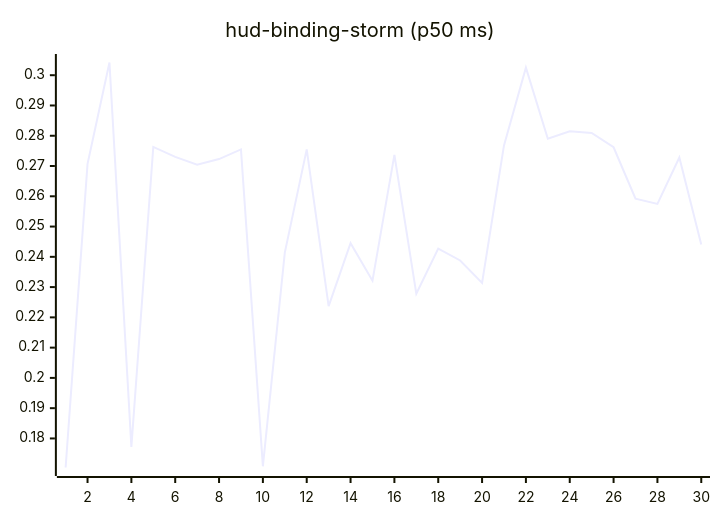
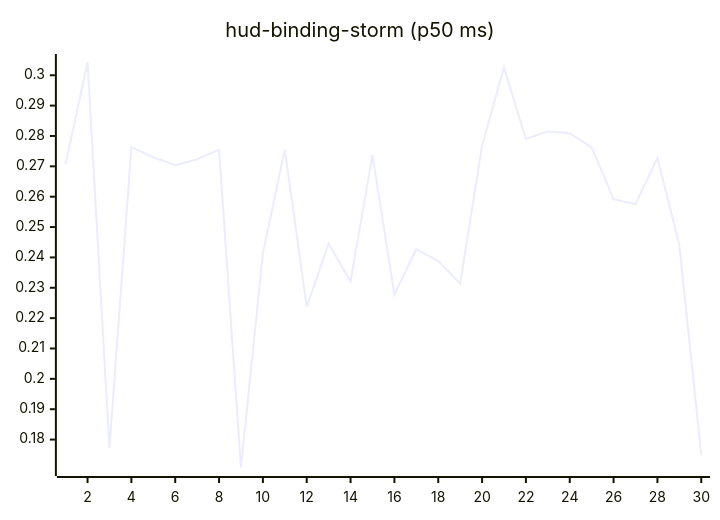
One commit to josha/Facet changed the tenth of 27 diagrams in README.md. Above: the diagram before and after it, drawn with Mermaid. The commit also changed other lines of this file and 2 other files, not shown here.

````diff
--- a/README.md
+++ b/README.md
@@ -126,6 +126,6 @@
 ```mermaid
 xychart-beta
     title "hud-binding-storm (p50 ms)"
     x-axis 1 --> 30
-    line [0.1704, 0.2707, 0.3042, 0.1772, 0.2763, 0.2730, 0.2704, 0.2723, 0.2755, 0.1708, 0.2414, 0.2755, 0.2237, 0.2445, 0.2321, 0.2737, 0.2278, 0.2427, 0.2388, 0.2314, 0.2768, 0.3025, 0.2790, 0.2815, 0.2809, 0.2762, 0.2592, 0.2575, 0.2728, 0.2441]
+    line [0.2707, 0.3042, 0.1772, 0.2763, 0.2730, 0.2704, 0.2723, 0.2755, 0.1708, 0.2414, 0.2755, 0.2237, 0.2445, 0.2321, 0.2737, 0.2278, 0.2427, 0.2388, 0.2314, 0.2768, 0.3025, 0.2790, 0.2815, 0.2809, 0.2762, 0.2592, 0.2575, 0.2728, 0.2441, 0.1749]
 ```
````
